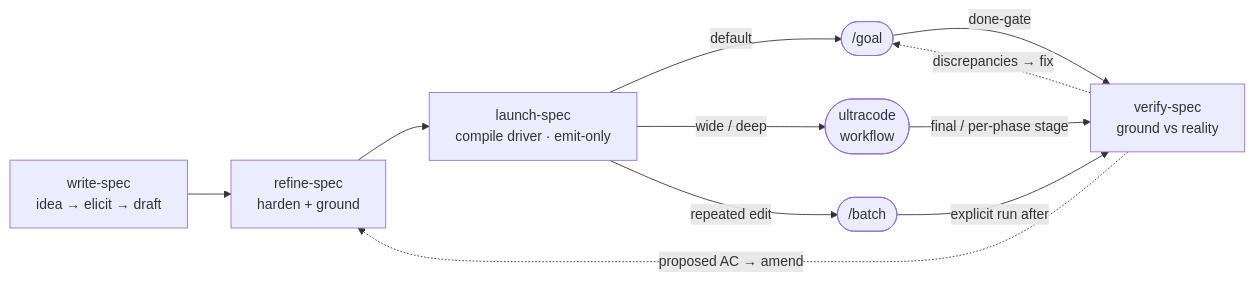
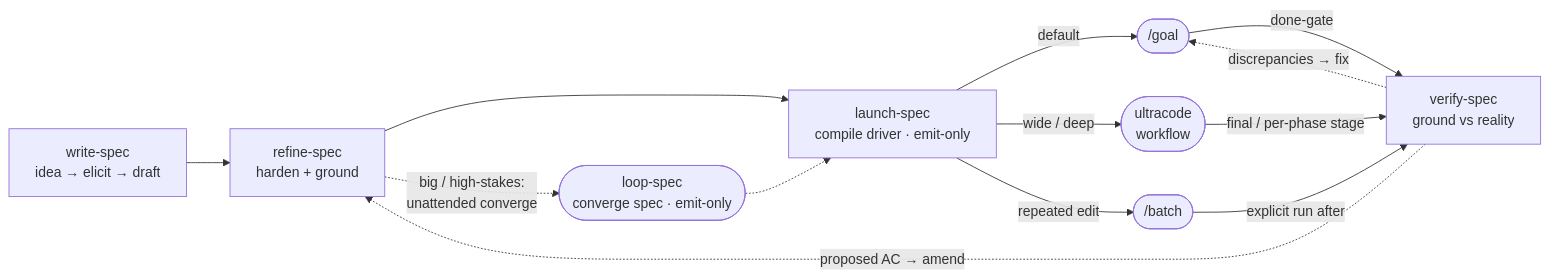
The diagram in claude-code/plugins/spec-ops/README.md (zakattack9/agentic-coding), drawn with Mermaid before and after one commit. The commit also changed other lines of this file and 1 other file, not shown here.

First line of the commit message:
docs(spec-ops): bring README current with loop-spec + 0.32–0.40 changes

````diff
--- a/claude-code/plugins/spec-ops/README.md
+++ b/claude-code/plugins/spec-ops/README.md
@@ -5,13 +5,15 @@
 ```mermaid
 flowchart LR
     W["write-spec<br/>idea → elicit → draft"] --> R["refine-spec<br/>harden + ground"]
     R --> L["launch-spec<br/>compile driver · emit-only"]
+    R -. "big / high-stakes:<br/>unattended converge" .-> LP(["loop-spec<br/>converge spec · emit-only"])
+    LP -.-> L
     L -->|default| G(["/goal"])
     L -->|wide / deep| U(["ultracode<br/>workflow"])
     L -->|repeated edit| B(["/batch"])
     G -->|done-gate| V["verify-spec<br/>ground vs reality"]
     U -->|final / per-phase stage| V
     B -->|explicit run after| V
     V -. "discrepancies → fix" .-> G
     V -. "proposed AC → amend" .-> R
 ```
````
